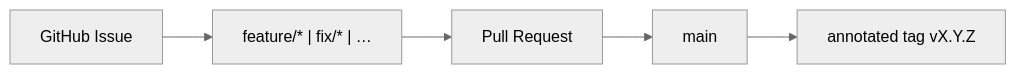
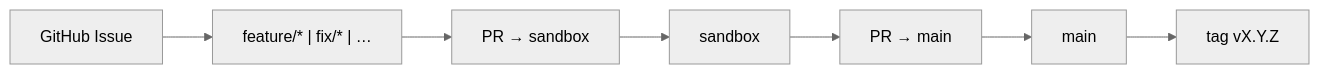
One commit to KleilsonSantos/VaultSpring changed the diagram in docs/guides/git-workflow.md. Above: the diagram before and after it, drawn with Mermaid (neutral theme). The commit also changed other lines of this file and 79 other files, not shown here.

First line of the commit message:
feat(security): JWT login, Vault dev scripts, sandbox flow, and API test suite (#6)

````diff
--- a/docs/guides/git-workflow.md
+++ b/docs/guides/git-workflow.md
@@ -7,7 +17,9 @@
 ```mermaid
 flowchart LR
   I["GitHub Issue"] --> B["feature/* | fix/* | …"]
-  B --> PR["Pull Request"]
-  PR --> M["main"]
-  M --> T["annotated tag vX.Y.Z"]
+  B --> PR1["PR → sandbox"]
+  PR1 --> S[sandbox]
+  S --> PR2["PR → main"]
+  PR2 --> M[main]
+  M --> T["tag vX.Y.Z"]
 ```
````
